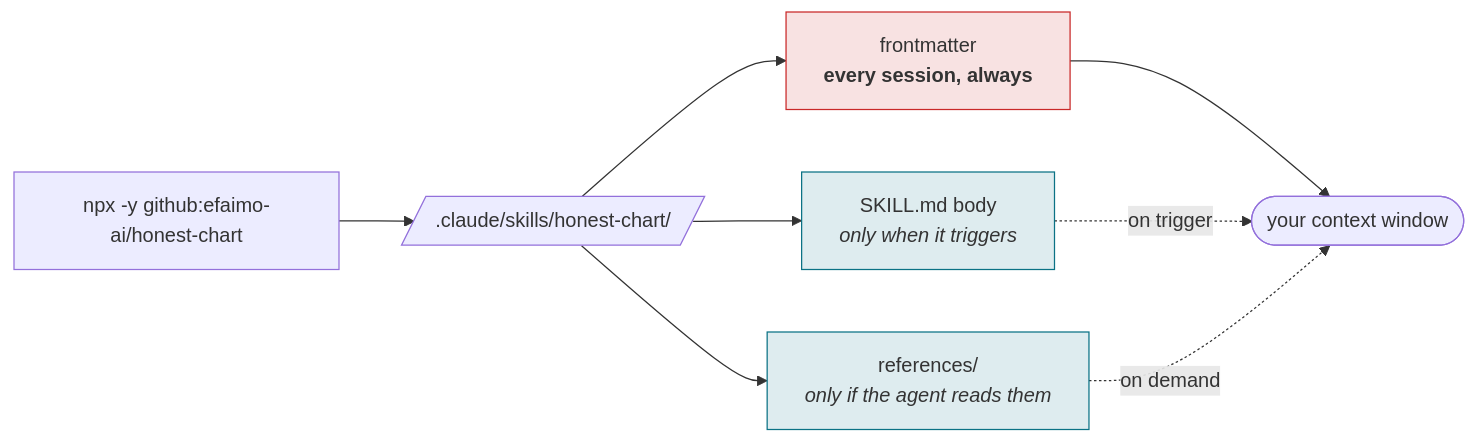
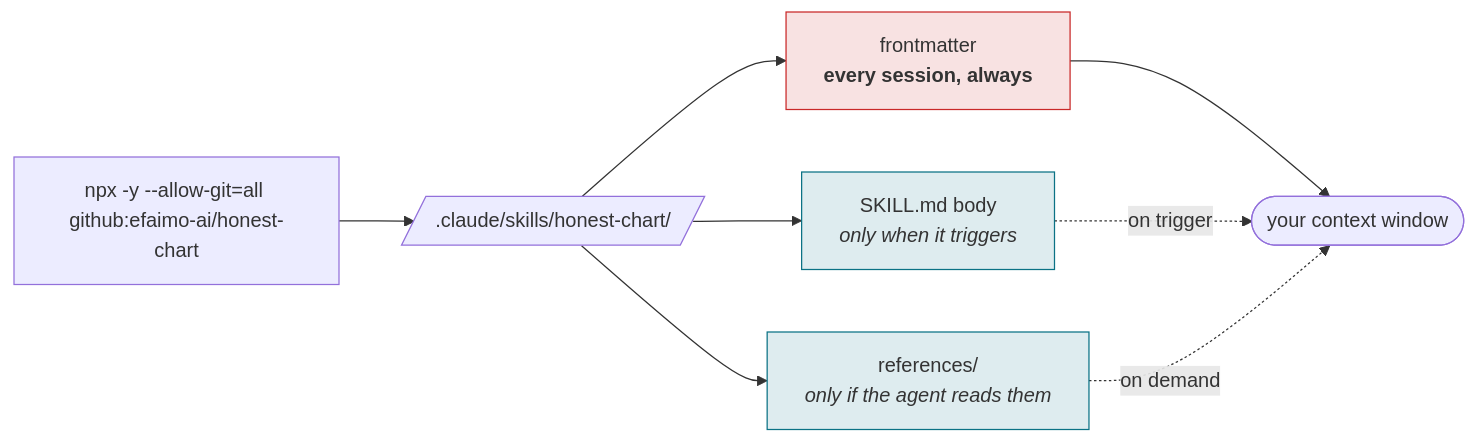
Before and after one commit to efaimo-ai/honest-chart: the second of 3 diagrams in README.md, drawn with Mermaid. The commit also changed other lines of this file, not shown here.

````diff
--- a/README.md
+++ b/README.md
@@ -140,14 +151,14 @@
 ```mermaid
 flowchart LR
-    N["npx -y github:efaimo-ai/honest-chart"] --> D[/".claude/skills/honest-chart/"/]
+    N["npx -y --allow-git=all github:efaimo-ai/honest-chart"] --> D[/".claude/skills/honest-chart/"/]
     D --> M["frontmatter<br/><b>every session, always</b>"]
     D --> B["SKILL.md body<br/><i>only when it triggers</i>"]
     D --> R["references/<br/><i>only if the agent reads them</i>"]
     M --> S(["your context window"])
     B -.->|"on trigger"| S
     R -.->|"on demand"| S
     classDef always fill:#c9282822,stroke:#c92828,stroke-width:1px;
     classDef lazy fill:#0b728522,stroke:#0b7285,stroke-width:1px;
     class M always;
     class B,R lazy;
 ```
````
